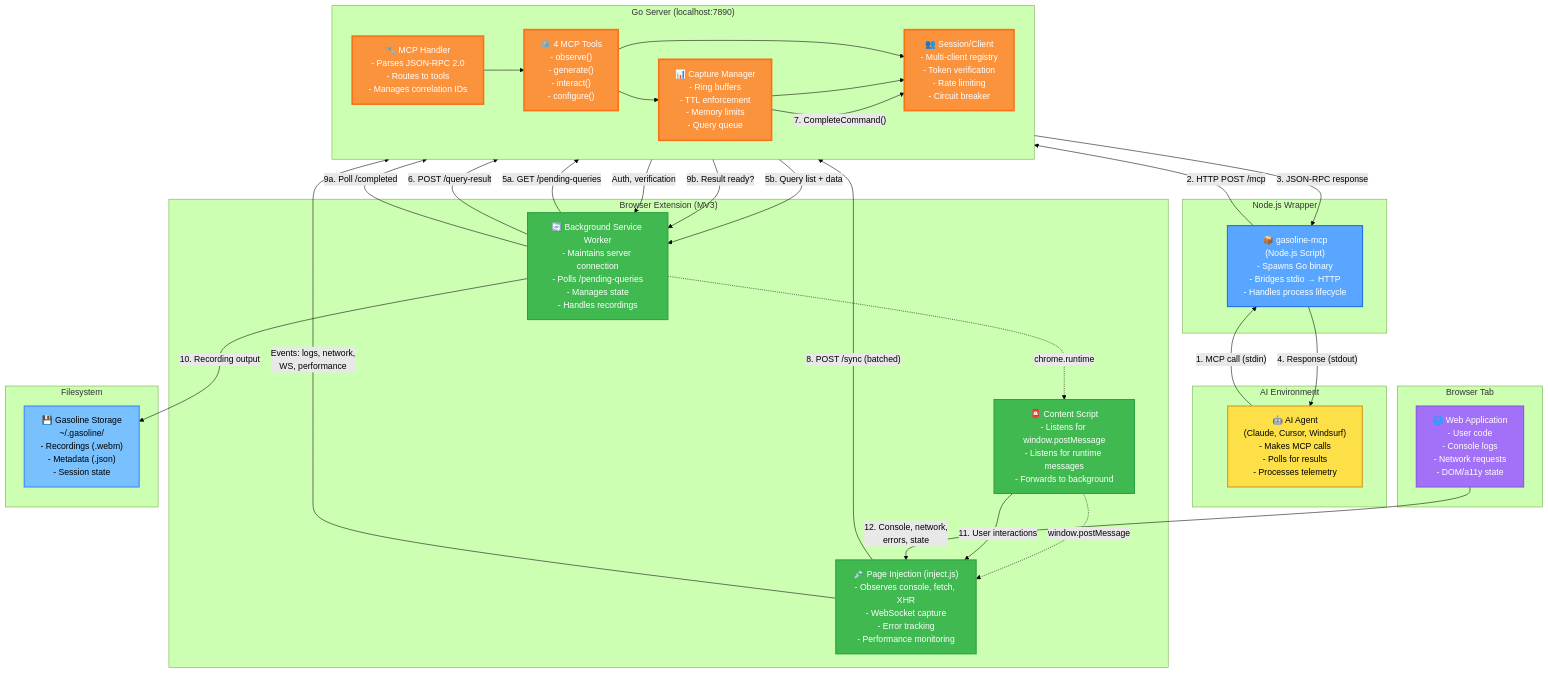
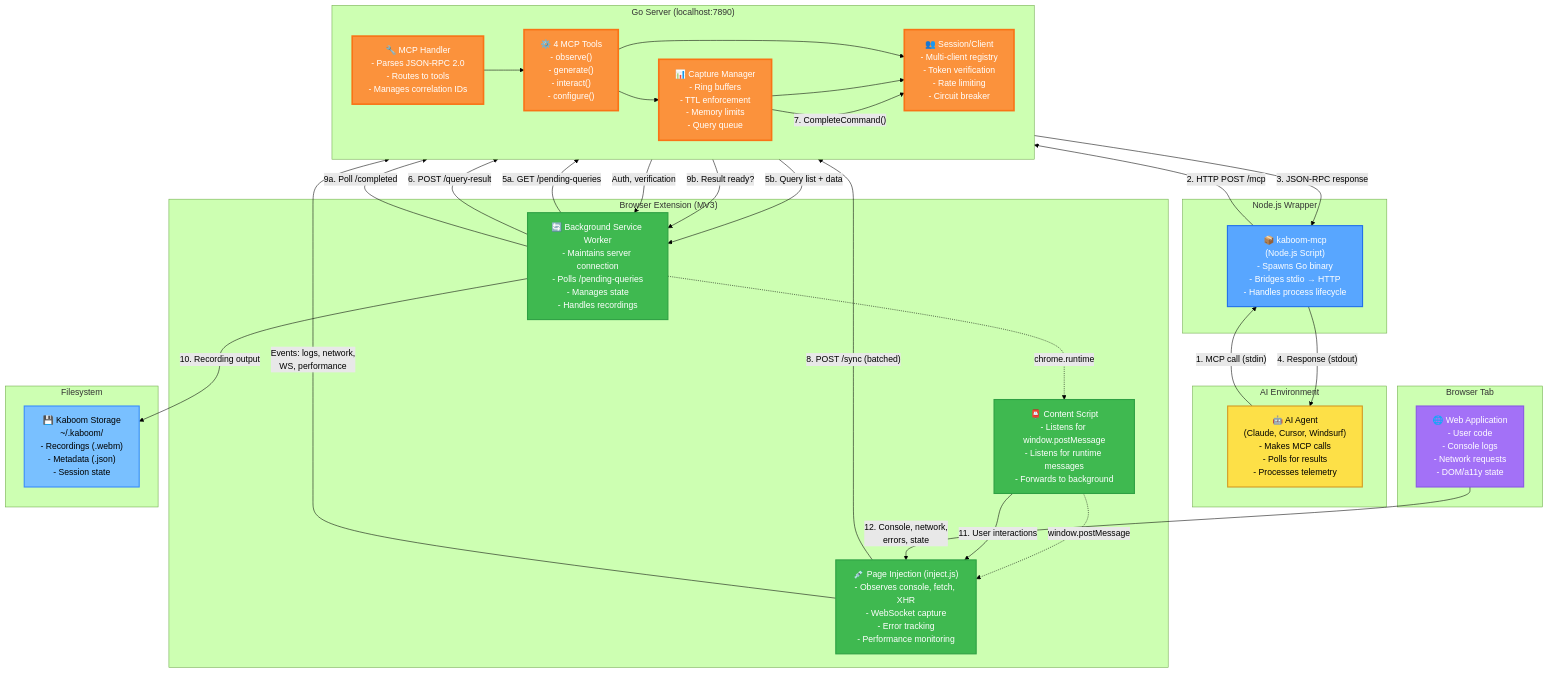
One commit to brennhill/gasoline-mcp-ai-devtools changed the diagram in docs/architecture/diagrams/c2-containers.md. Above: the diagram before and after it, drawn with Mermaid (forest theme). The commit also changed other lines of this file and 1983 other files, not shown here.

```diff
--- a/docs/architecture/diagrams/c2-containers.md
+++ b/docs/architecture/diagrams/c2-containers.md
@@ -21,7 +21,7 @@
     end
 
     subgraph "Node.js Wrapper"
-        Wrapper["📦 gasoline-mcp<br/>(Node.js Script)<br/>- Spawns Go binary<br/>- Bridges stdio → HTTP<br/>- Handles process lifecycle"]
+        Wrapper["📦 kaboom-mcp<br/>(Node.js Script)<br/>- Spawns Go binary<br/>- Bridges stdio → HTTP<br/>- Handles process lifecycle"]
     end
 
     subgraph "Go Server (localhost:7890)"
@@ -56,7 +56,7 @@
     end
 
     subgraph "Filesystem"
-        Storage["💾 Gasoline Storage<br/>~/.gasoline/<br/>- Recordings (.webm)<br/>- Metadata (.json)<br/>- Session state"]
+        Storage["💾 Kaboom Storage<br/>~/.kaboom/<br/>- Recordings (.webm)<br/>- Metadata (.json)<br/>- Session state"]
     end
 
     %% Data flows
```
